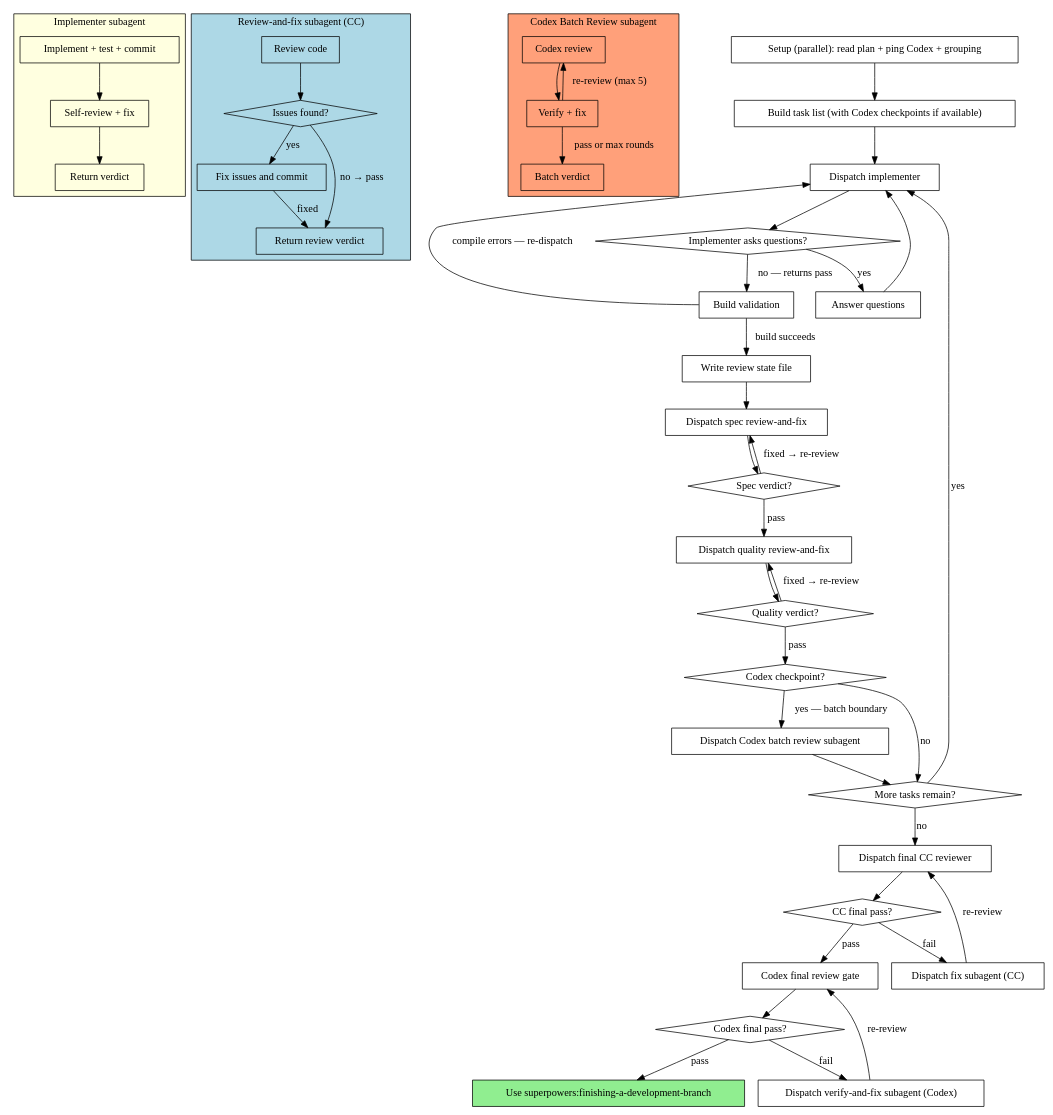
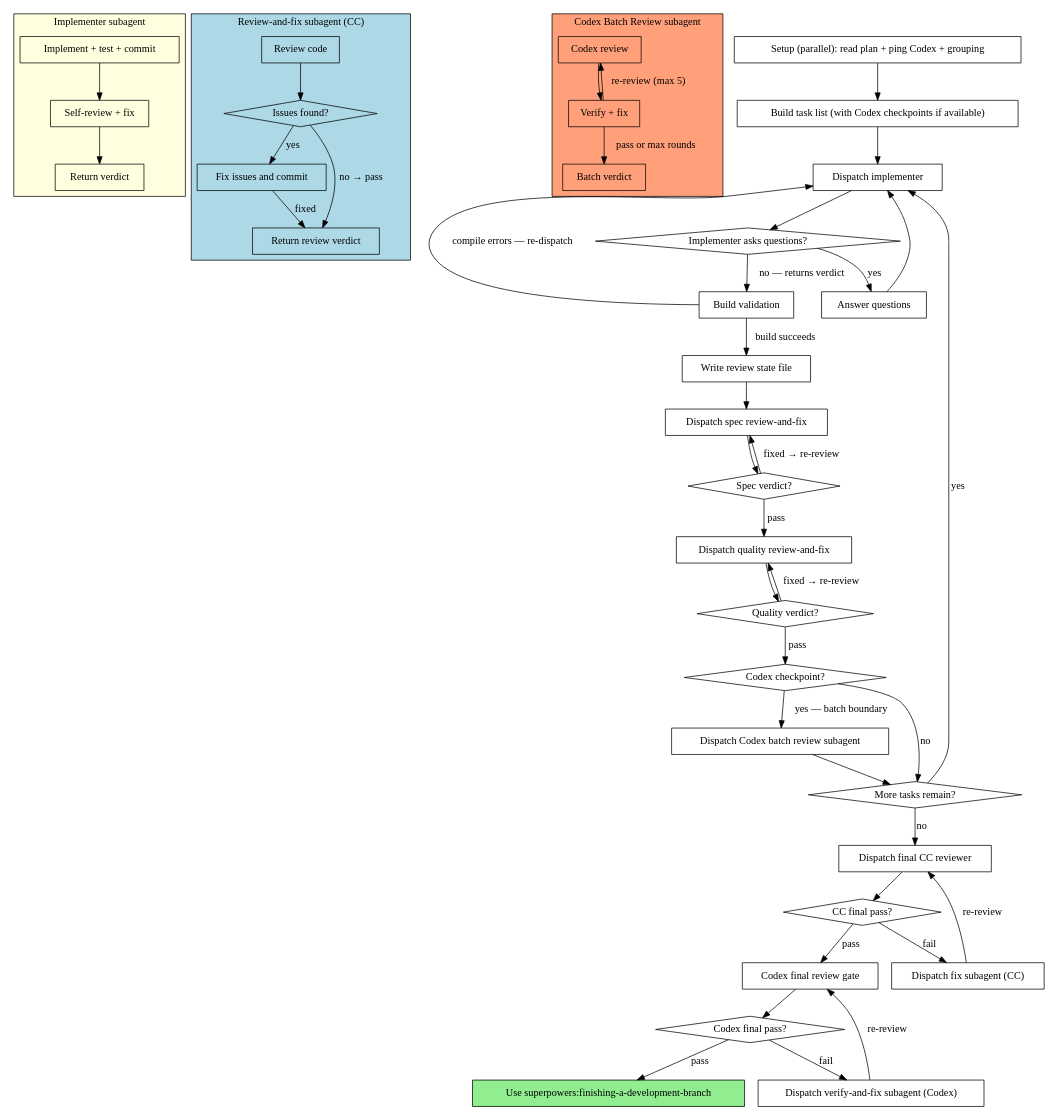
The second of 2 diagrams in skills/subagent-driven-development/SKILL.md (ebitoro/superpowers), drawn with Graphviz before and after one commit.

Commit message:
fix(skill): restore diagram edge label to show all verdict outcomes
The edge from "Implementer asks questions?" was incorrectly narrowed
from "returns verdict" to "returns pass". The implementer can return
pass, fail, or needs_context — the edge represents all outcomes, not
just the pass case. Only the pass case routes to build validation;
others are handled per the Handling Implementer Verdicts section.

```diff
--- a/skills/subagent-driven-development/SKILL.md
+++ b/skills/subagent-driven-development/SKILL.md
@@ -193,7 +193,7 @@
     "Dispatch implementer" -> "Implementer asks questions?";
     "Implementer asks questions?" -> "Answer questions" [label="yes"];
     "Answer questions" -> "Dispatch implementer";
-    "Implementer asks questions?" -> "Build validation" [label="no — returns pass"];
+    "Implementer asks questions?" -> "Build validation" [label="no — returns verdict"];
     "Build validation" [shape=box];
     "Build validation" -> "Write review state file" [label="build succeeds"];
     "Build validation" -> "Dispatch implementer" [label="compile errors — re-dispatch"];
```
